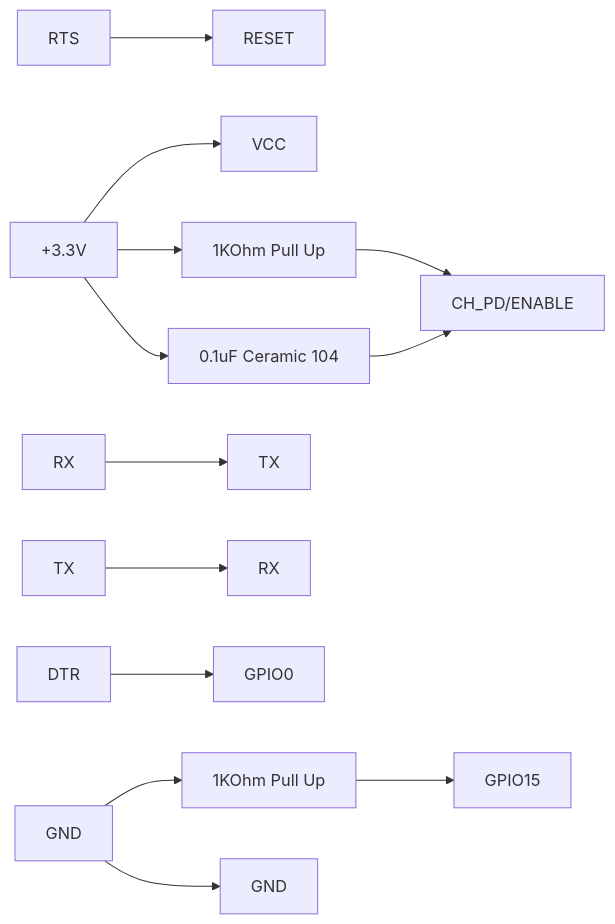
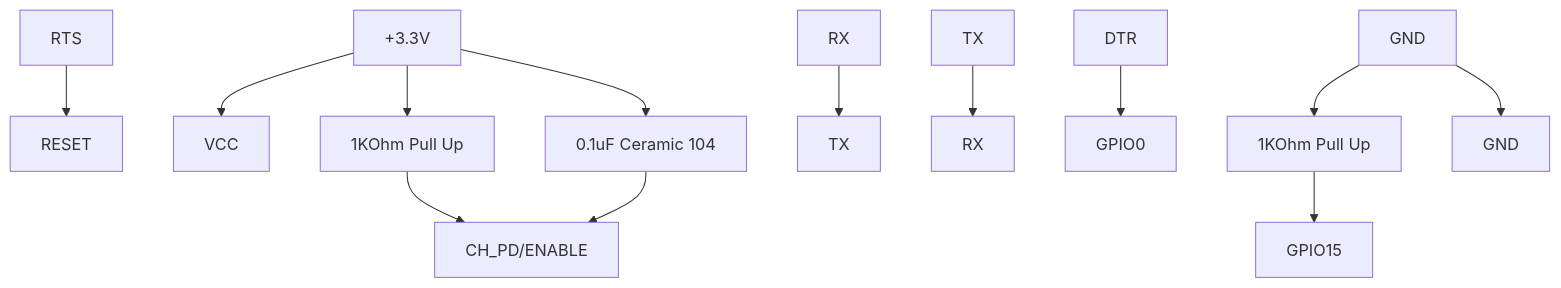
Before and after one commit to electronsoul/esp8266win: the diagram in README.md, drawn with Mermaid. The commit also changed other lines of this file, not shown here.

````diff
--- a/README.md
+++ b/README.md
@@ -21,14 +22,13 @@
 ```mermaid
-graph LR
+graph TD
 
 A[RTS] --> B[RESET] 
 C[+3.3V] --> D[VCC]
 C --> E[1KOhm Pull Up] --> F[CH_PD/ENABLE]
 C --> G[0.1uF Ceramic 104 ] --> F[CH_PD/ENABLE]
 H[RX] --> J[TX]
 I[TX] --> K[RX]  
 L[DTR] --> M[GPIO0] 
 N[GND] --> O[1KOhm Pull Up] --> P[GPIO15]
 N[GND] --> Q[GND] 
-
 ```
````
